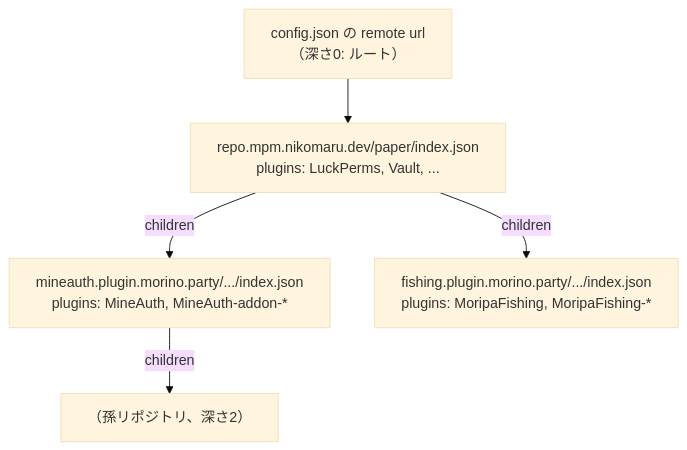
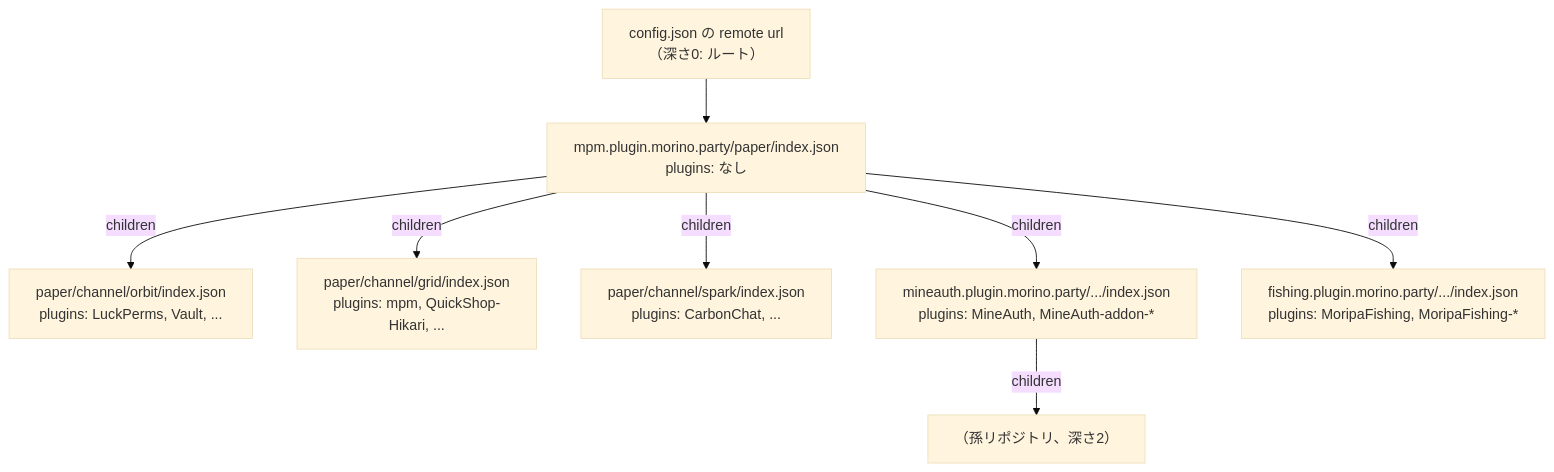
One commit to morinoparty/mpm changed the diagram in docs/content/docs/repository/graph.mdx. Above: the diagram before and after it, drawn with Mermaid (base theme). The commit also changed other lines of this file and 3 other files, not shown here.

Commit message:
📝 Document the mpm.plugin.morino.party repository, its channels and velocity catalog

````diff
--- a/docs/content/docs/repository/graph.mdx
+++ b/docs/content/docs/repository/graph.mdx
@@ -98,7 +98,10 @@
 ```mermaid
 graph TD
-    R["config.json の remote url<br/>（深さ0: ルート）"] --> A["repo.mpm.nikomaru.dev/paper/index.json<br/>plugins: LuckPerms, Vault, ..."]
+    R["config.json の remote url<br/>（深さ0: ルート）"] --> A["mpm.plugin.morino.party/paper/index.json<br/>plugins: なし"]
+    A -->|children| O["paper/channel/orbit/index.json<br/>plugins: LuckPerms, Vault, ..."]
+    A -->|children| G["paper/channel/grid/index.json<br/>plugins: mpm, QuickShop-Hikari, ..."]
+    A -->|children| S["paper/channel/spark/index.json<br/>plugins: CarbonChat, ..."]
     A -->|children| B["mineauth.plugin.morino.party/.../index.json<br/>plugins: MineAuth, MineAuth-addon-*"]
     A -->|children| F["fishing.plugin.morino.party/.../index.json<br/>plugins: MoripaFishing, MoripaFishing-*"]
     B -->|children| C["（孫リポジトリ、深さ2）"]
 ```
````
